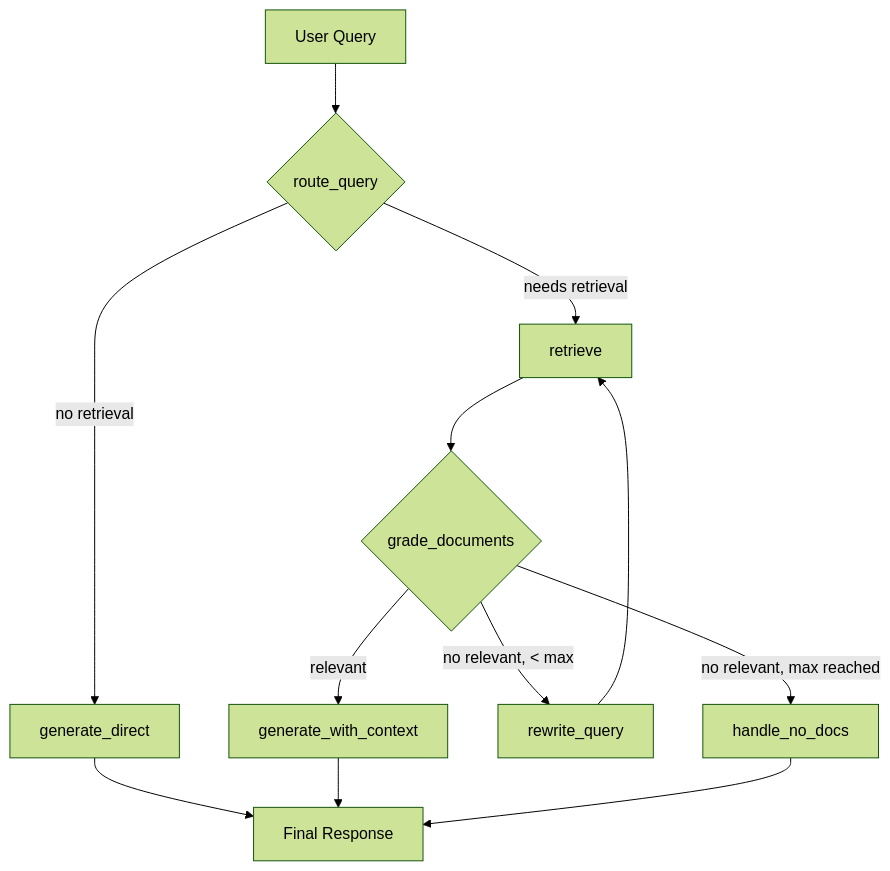
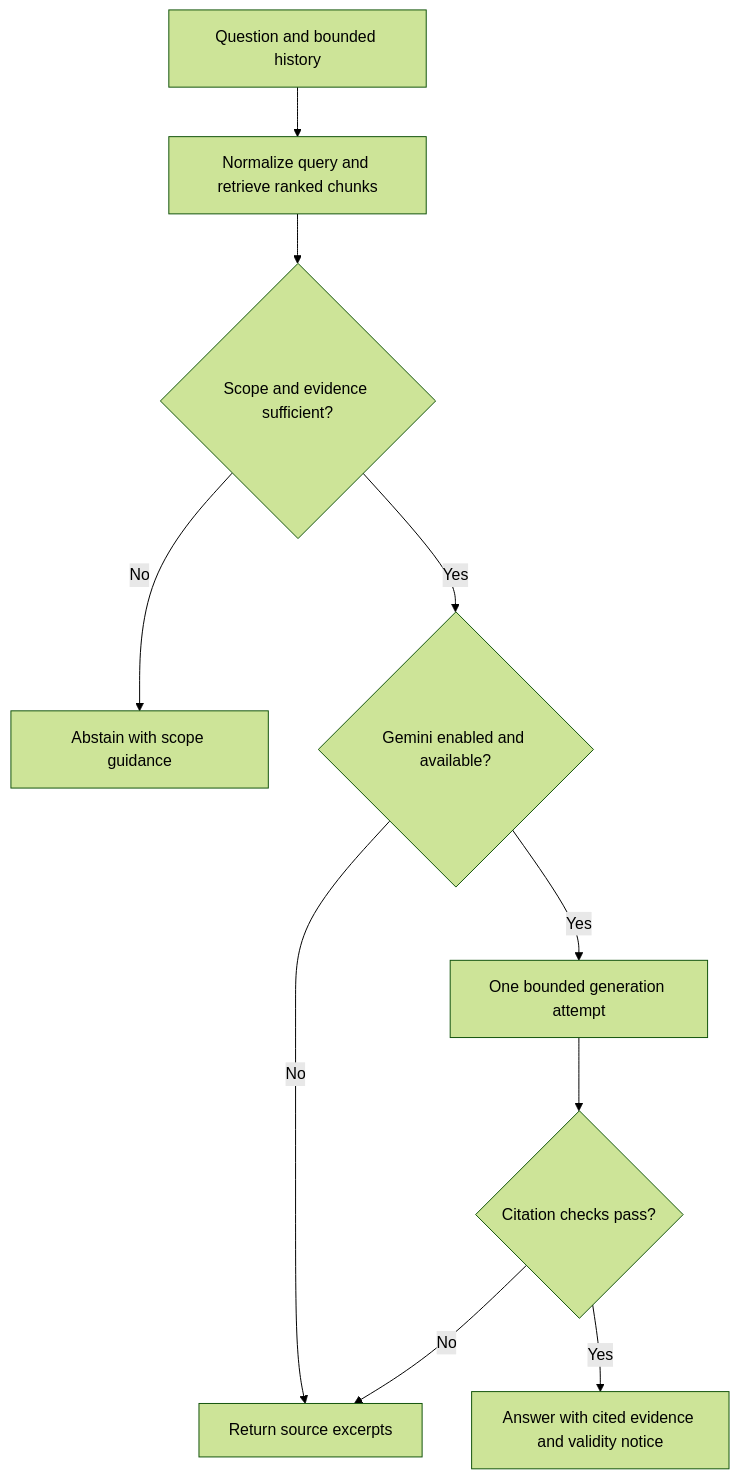
The second of 2 diagrams in README.md (dovh25/hanoi-land-law-ai), drawn with Mermaid (forest theme) before and after one commit. The commit also changed other lines of this file and 66 other files, not shown here.

````diff
--- a/README.md
+++ b/README.md
@@ -115,14 +68,12 @@
 ```mermaid
 flowchart TD
-    Q[User Query] --> R{route_query}
-    R -->|needs retrieval| RET[retrieve]
-    R -->|no retrieval| GD[generate_direct]
-    RET --> GRADE{grade_documents}
-    GRADE -->|relevant| GEN[generate_with_context]
-    GRADE -->|no relevant, < max| RW[rewrite_query]
-    RW --> RET
-    GRADE -->|no relevant, max reached| HND[handle_no_docs]
-    GD --> END[Final Response]
-    GEN --> END
-    HND --> END
+    Q[Question and bounded history] --> R[Normalize query and retrieve ranked chunks]
+    R --> S{Scope and evidence sufficient?}
+    S -->|No| A[Abstain with scope guidance]
+    S -->|Yes| L{Gemini enabled and available?}
+    L -->|No| E[Return source excerpts]
+    L -->|Yes| G[One bounded generation attempt]
+    G --> V{Citation checks pass?}
+    V -->|No| E
+    V -->|Yes| O[Answer with cited evidence and validity notice]
 ```
````
